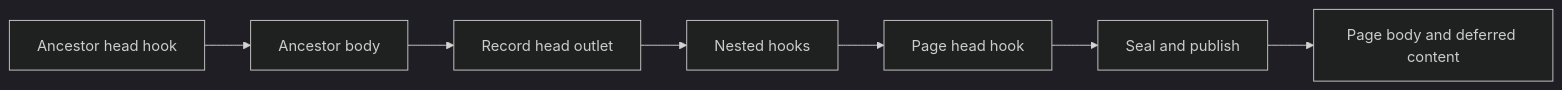
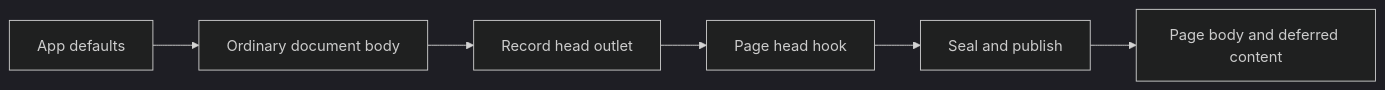
One commit to Proa-Labs/proa changed the diagram in docs/design/metadata-api-proposal.md. Above: the diagram before and after it, drawn with Mermaid (dark theme). The commit also changed other lines of this file and 21 other files, not shown here.

Commit message:
Infer Pages from head hooks and simplify async authoring

````diff
--- a/docs/design/metadata-api-proposal.md
+++ b/docs/design/metadata-api-proposal.md
@@ -49,9 +55,8 @@
 ```mermaid
 flowchart LR
-    A[Ancestor head hook] --> B[Ancestor body]
+    A[App defaults] --> B[Ordinary document body]
     B --> C[Record head outlet]
-    C --> D[Nested hooks]
-    D --> E[Page head hook]
+    C --> E[Page head hook]
     E --> F[Seal and publish]
     F --> G[Page body and deferred content]
 ```
````
